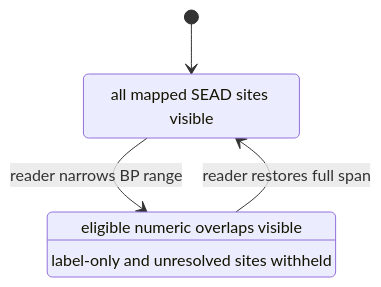
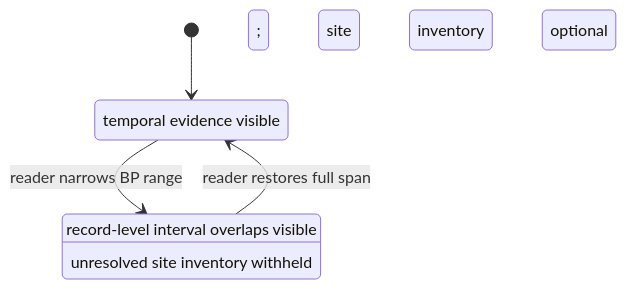
One commit to bijux/bijux-pollenomics changed the second of 2 diagrams in docs/public/pollenomics-data/sources/sead-handbook.md. Above: the diagram before and after it, drawn with Mermaid. The commit also changed other lines of this file and 4 other files, not shown here.

````diff
--- a/docs/public/pollenomics-data/sources/sead-handbook.md
+++ b/docs/public/pollenomics-data/sources/sead-handbook.md
@@ -122,9 +128,9 @@
 ```mermaid
 stateDiagram-v2
     [*] --> FullExtent
-    FullExtent: all mapped SEAD sites visible
+    FullExtent: temporal evidence visible; site inventory optional
     FullExtent --> NarrowWindow: reader narrows BP range
-    NarrowWindow: eligible numeric overlaps visible
-    NarrowWindow: label-only and unresolved sites withheld
+    NarrowWindow: record-level interval overlaps visible
+    NarrowWindow: unresolved site inventory withheld
     NarrowWindow --> FullExtent: reader restores full span
 ```
````
